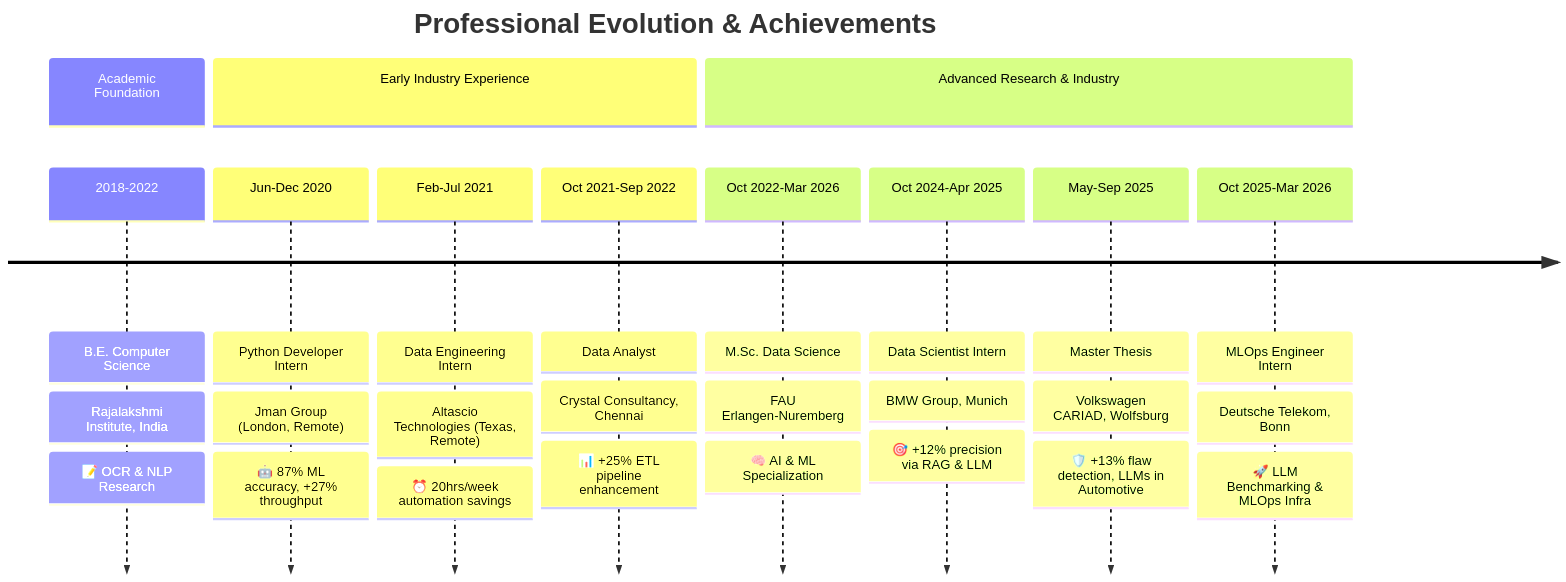
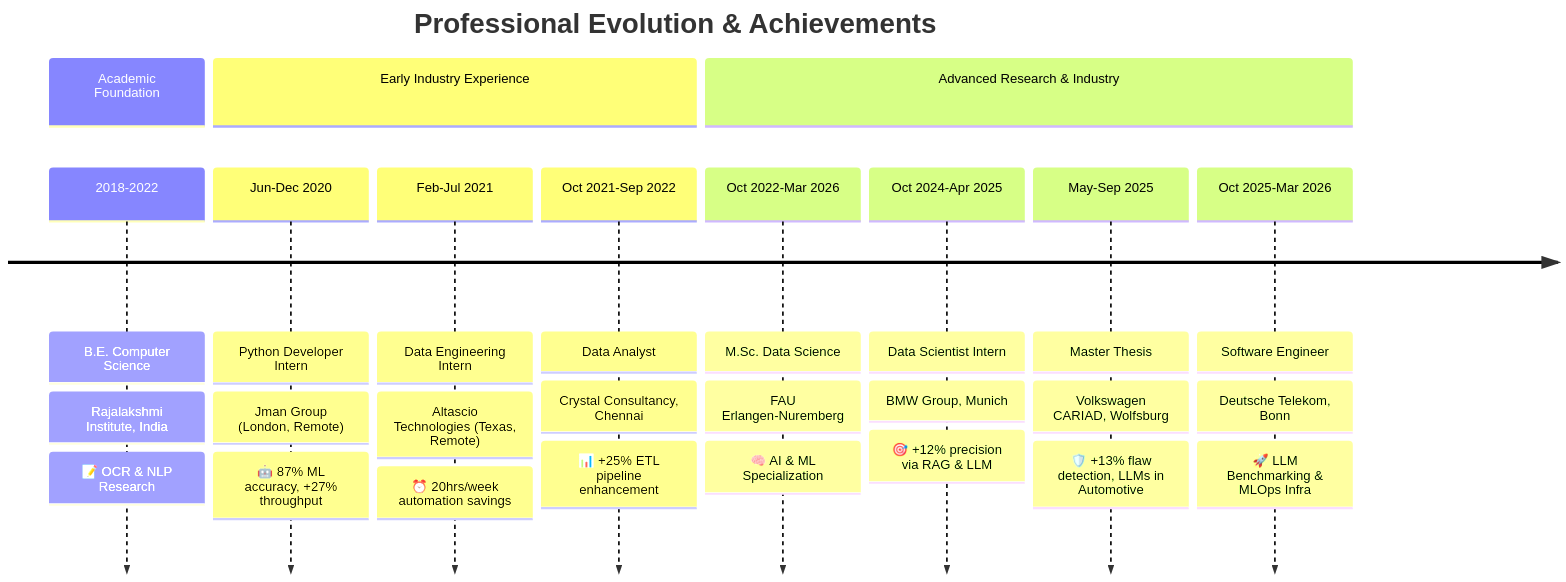
Before and after one commit to DARREN-2000/DARREN-2000: the fourth of 4 diagrams in README.md, drawn with Mermaid. The commit also changed other lines of this file, not shown here.

````diff
--- a/README.md
+++ b/README.md
@@ -229,34 +228,34 @@
 ```mermaid
 timeline
     title Professional Evolution & Achievements
 
     section Academic Foundation
         2018-2022    : B.E. Computer Science
                      : Rajalakshmi Institute, India
                      : 📝 OCR & NLP Research
 
     section Early Industry Experience
         Jun-Dec 2020 : Python Developer Intern
                      : Jman Group (London, Remote)
                      : 🤖 87% ML accuracy, +27% throughput
         Feb-Jul 2021 : Data Engineering Intern
                      : Altascio Technologies (Texas, Remote)
                      : ⏰ 20hrs/week automation savings
         Oct 2021-Sep 2022 : Data Analyst
                            : Crystal Consultancy, Chennai
                            : 📊 +25% ETL pipeline enhancement
 
     section Advanced Research & Industry
         Oct 2022-Mar 2026 : M.Sc. Data Science
                           : FAU Erlangen-Nuremberg
                           : 🧠 AI & ML Specialization
         Oct 2024-Apr 2025 : Data Scientist Intern
                           : BMW Group, Munich
                           : 🎯 +12% precision via RAG & LLM
         May-Sep 2025      : Master Thesis
                           : Volkswagen CARIAD, Wolfsburg
                           : 🛡️ +13% flaw detection, LLMs in Automotive
-        Oct 2025-Mar 2026 : MLOps Engineer Intern
+        Oct 2025-Mar 2026 : Software Engineer
                           : Deutsche Telekom, Bonn
                           : 🚀 LLM Benchmarking & MLOps Infra
 ```
````
